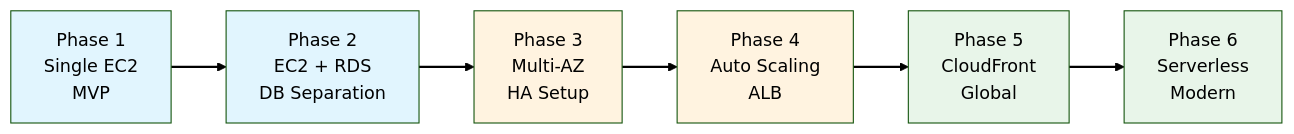
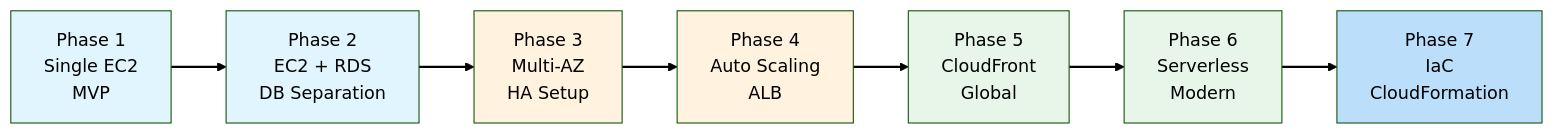
Before and after one commit to benjaminhonorio/aws-architecting: the diagram in docs/scenarios/techbooks/00-overview.md, drawn with Mermaid (forest theme). The commit also changed other lines of this file and 7 other files, not shown here.

````diff
--- a/docs/scenarios/techbooks/00-overview.md
+++ b/docs/scenarios/techbooks/00-overview.md
@@ -28,16 +30,18 @@
 ```mermaid
 flowchart LR
     P1["Phase 1<br>Single EC2<br>MVP"] --> P2["Phase 2<br>EC2 + RDS<br>DB Separation"]
     P2 --> P3["Phase 3<br>Multi-AZ<br>HA Setup"]
     P3 --> P4["Phase 4<br>Auto Scaling<br>ALB"]
     P4 --> P5["Phase 5<br>CloudFront<br>Global"]
     P5 --> P6["Phase 6<br>Serverless<br>Modern"]
+    P6 --> P7["Phase 7<br>IaC<br>CloudFormation"]
 
     style P1 fill:#e1f5fe,color:#000
     style P2 fill:#e1f5fe,color:#000
     style P3 fill:#fff3e0,color:#000
     style P4 fill:#fff3e0,color:#000
     style P5 fill:#e8f5e9,color:#000
     style P6 fill:#e8f5e9,color:#000
+    style P7 fill:#bbdefb,color:#000
     linkStyle default stroke:#000,stroke-width:2px
 ```
````
